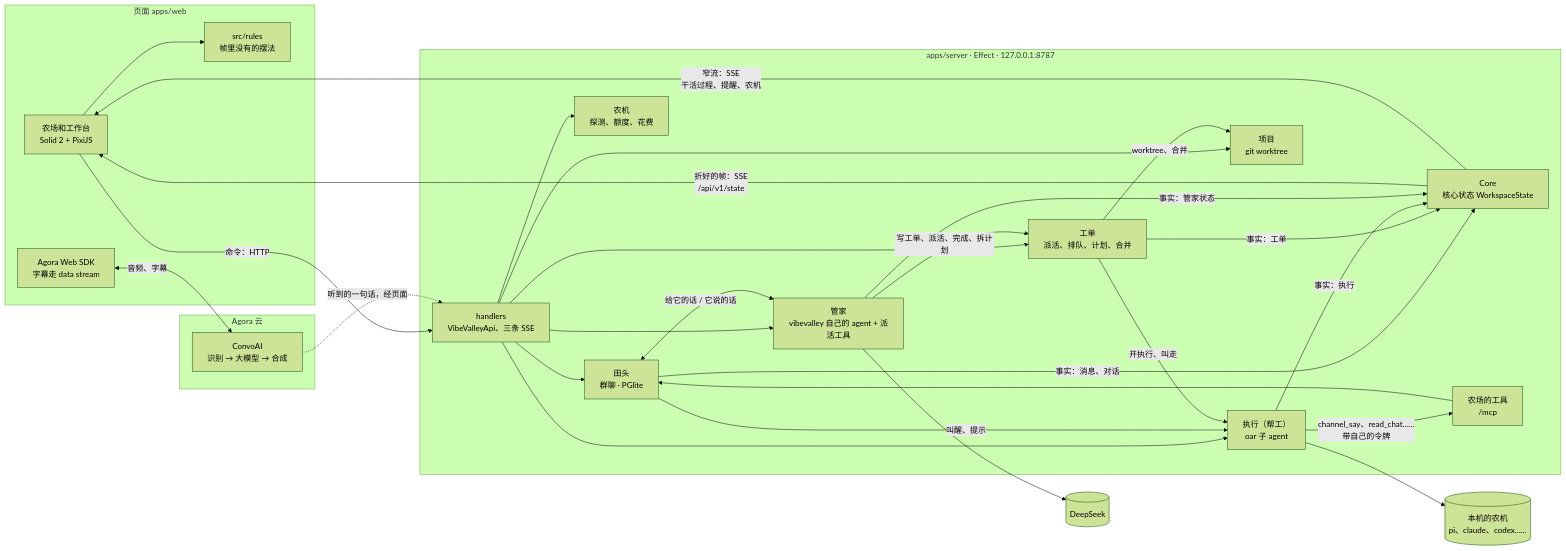
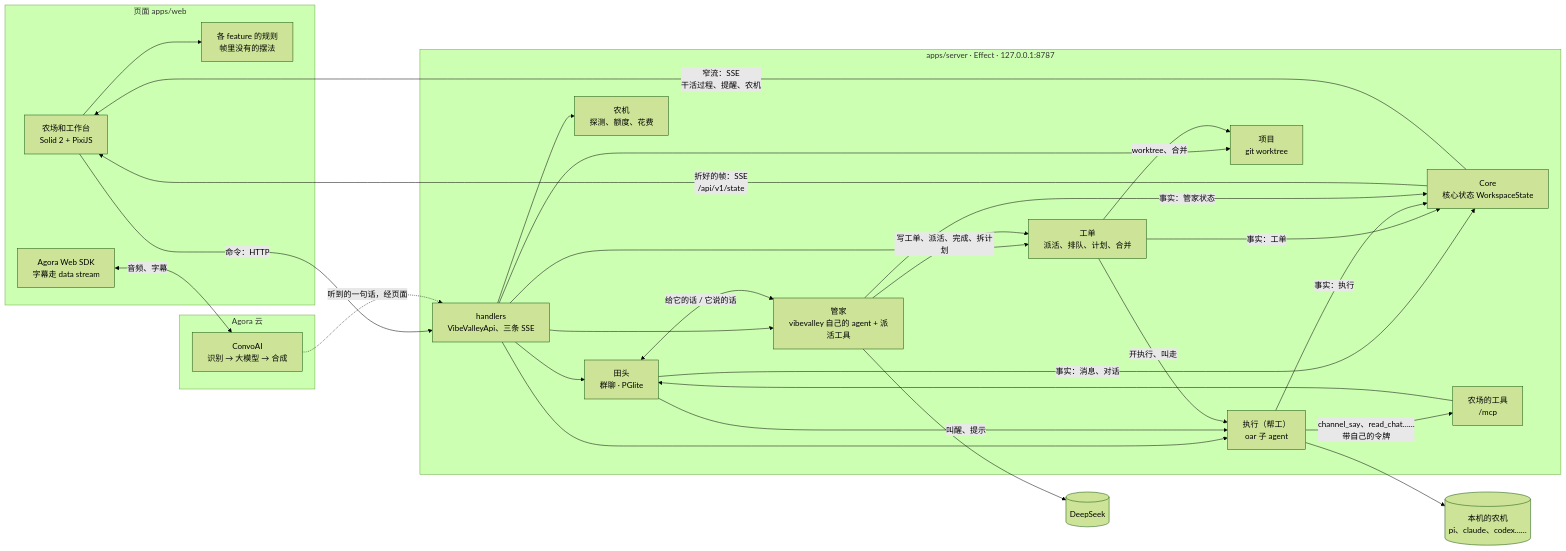
Before and after one commit to vibevalleyhq/vibevalley: the diagram in docs/architecture.md, drawn with Mermaid (forest theme). The commit also changed other lines of this file and 369 other files, not shown here.

````diff
--- a/docs/architecture.md
+++ b/docs/architecture.md
@@ -5,48 +5,48 @@
 ```mermaid
 flowchart LR
   subgraph Page[页面 apps/web]
     UI[农场和工作台<br/>Solid 2 + PixiJS]
-    RULES[src/rules<br/>帧里没有的摆法]
+    RULES[各 feature 的规则<br/>帧里没有的摆法]
     RTC[Agora Web SDK<br/>字幕走 data stream]
   end
 
   subgraph Server[apps/server · Effect · 127.0.0.1:8787]
     API[handlers<br/>VibeValleyApi、三条 SSE]
     SITE[Core<br/>核心状态 WorkspaceState]
     FM[管家<br/>vibevalley 自己的 agent + 派活工具]
     CHAT[田头<br/>群聊 · PGlite]
     MCP[农场的工具<br/>/mcp]
     TK[工单<br/>派活、排队、计划、合并]
     CREW[执行（帮工）<br/>oar 子 agent]
     PRJ[项目<br/>git worktree]
     RT[农机<br/>探测、额度、花费]
   end
 
   subgraph Agora[Agora 云]
     CAI[ConvoAI<br/>识别 → 大模型 → 合成]
   end
 
   AGENTS[(本机的农机<br/>pi、claude、codex……)]
   DS[(DeepSeek)]
 
   UI --> RULES
   UI -->|命令：HTTP| API
   SITE -->|折好的帧：SSE<br/>/api/v1/state| UI
   SITE -->|窄流：SSE<br/>干活过程、提醒、农机| UI
   API --> CHAT & FM & TK & CREW & PRJ & RT
   CHAT <-->|给它的话 / 它说的话| FM
   CHAT -->|叫醒、提示| CREW
   CREW -->|channel_say、read_chat……<br/>带自己的令牌| MCP
   MCP --> CHAT
   FM -->|写工单、派活、完成、拆计划| TK
   TK -->|开执行、叫走| CREW
   TK -->|worktree、合并| PRJ
   CREW --> AGENTS
   FM --> DS
   CHAT -->|事实：消息、对话| SITE
   TK -->|事实：工单| SITE
   CREW -->|事实：执行| SITE
   FM -->|事实：管家状态| SITE
   RTC <-->|音频、字幕| CAI
   CAI -.->|听到的一句话，经页面| API
 ```
````
